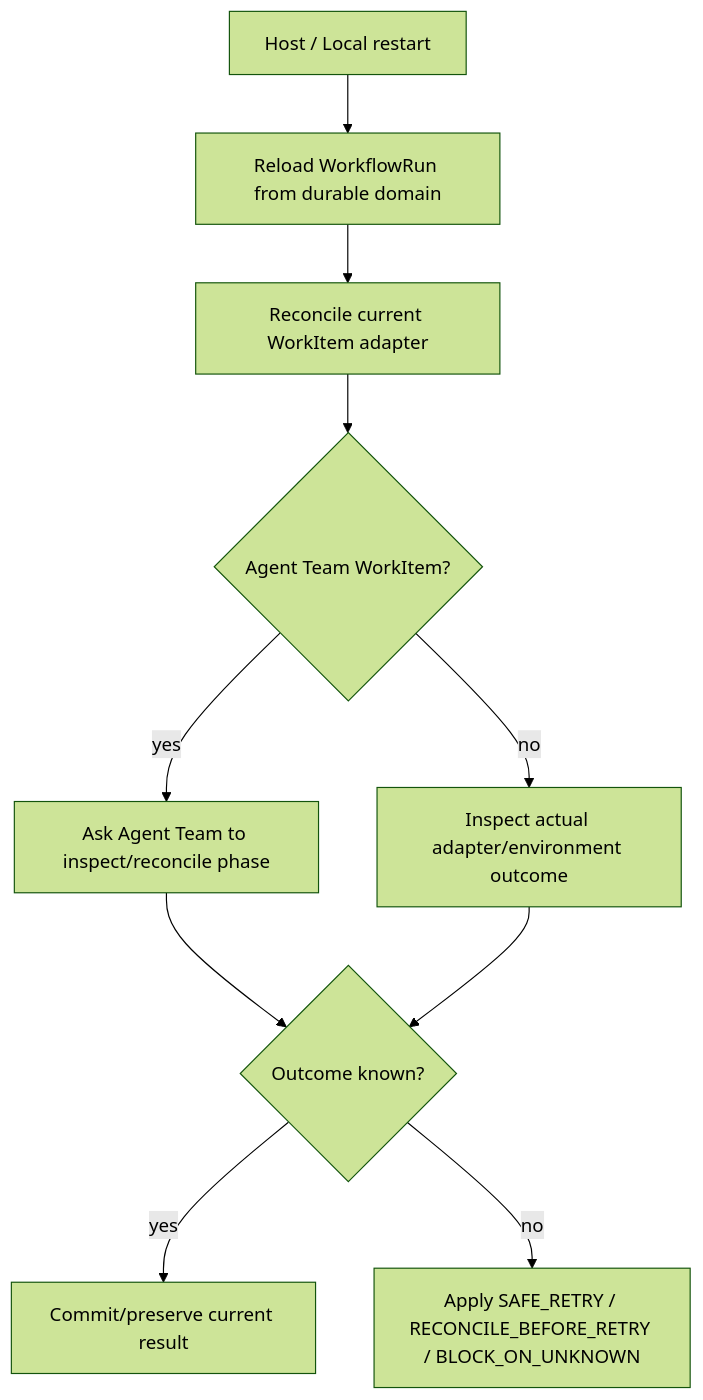
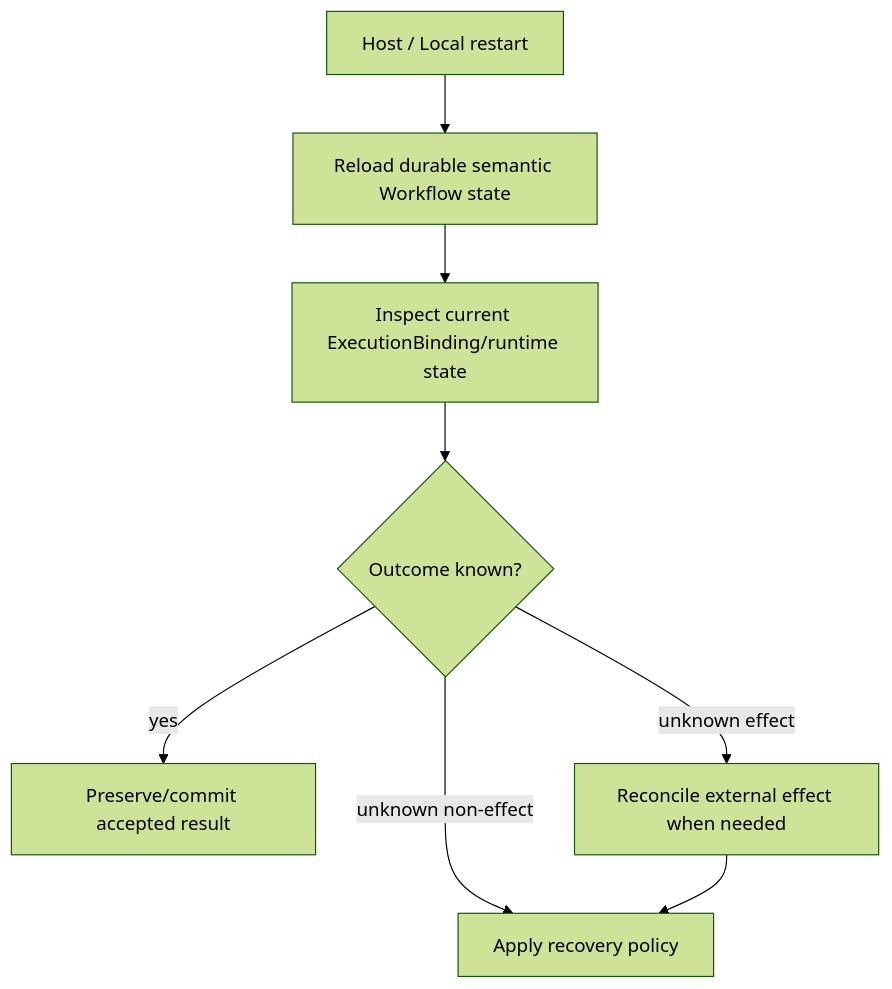
Before and after one commit to tsuuanmi/AgentOS: the fifth of 5 diagrams in docs/architecture/interaction-model.md, drawn with Mermaid (forest theme). The commit also changed other lines of this file, not shown here.

```diff
--- a/docs/architecture/interaction-model.md
+++ b/docs/architecture/interaction-model.md
@@ -190,18 +148,15 @@
 ~~~mermaid
 flowchart TD
     X[Host / Local restart]
-    R[Reload WorkflowRun from durable domain]
-    C[Reconcile current WorkItem adapter]
-    A{Agent Team WorkItem?}
-    T[Ask Agent Team to inspect/reconcile phase]
-    O[Inspect actual adapter/environment outcome]
+    R[Reload durable semantic Workflow state]
+    C[Inspect current ExecutionBinding/runtime state]
     P{Outcome known?}
-    K[Commit/preserve current result]
-    U[Apply SAFE_RETRY / RECONCILE_BEFORE_RETRY / BLOCK_ON_UNKNOWN]
+    K[Preserve/commit accepted result]
+    U[Apply recovery policy]
+    E[Reconcile external effect when needed]
 
-    X --> R --> C --> A
-    A -->|yes| T --> P
-    A -->|no| O --> P
+    X --> R --> C --> P
     P -->|yes| K
-    P -->|no| U
+    P -->|unknown non-effect| U
+    P -->|unknown effect| E --> U
 ~~~
```
